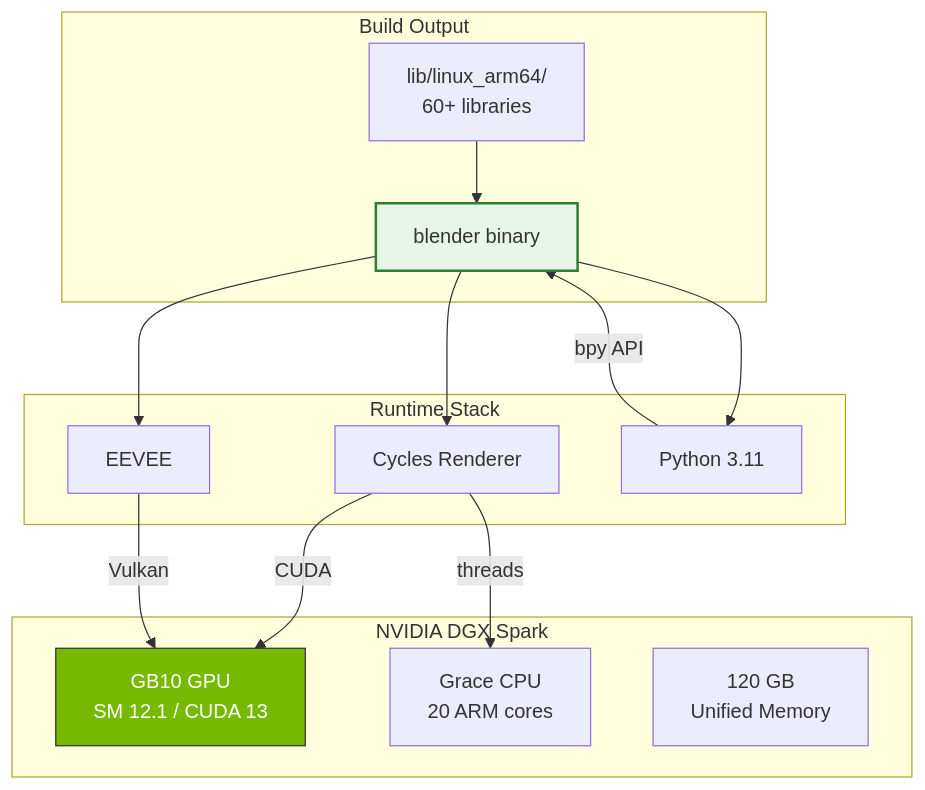
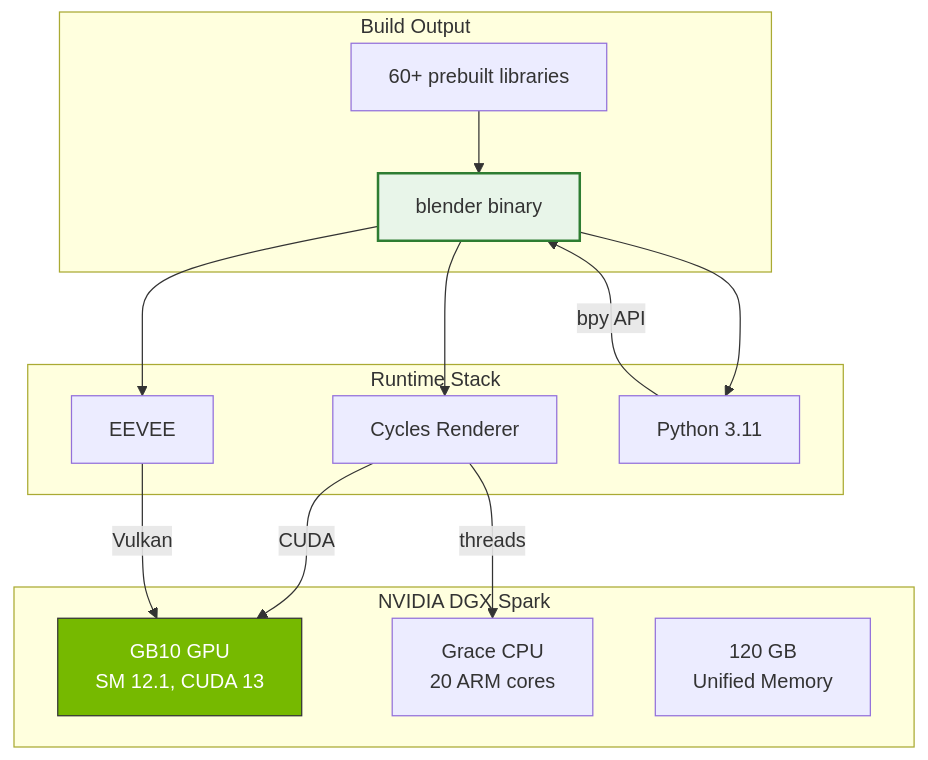
Before and after one commit to mvalancy/blender-nvidia-gb10: the third of 3 diagrams in README.md, drawn with Mermaid. The commit also changed other lines of this file, not shown here.

Commit message:
Fix mermaid: remove slashes from node labels

````diff
--- a/README.md
+++ b/README.md
@@ -134,31 +134,31 @@
 ```mermaid
 graph TB
     subgraph build["Build Output"]
         BIN["blender binary"]
-        LIBS["lib/linux_arm64/<br>60+ libraries"]
+        LIBS["60+ prebuilt libraries"]
     end
 
     subgraph runtime["Runtime Stack"]
         CYCLES["Cycles Renderer"]
         EEVEE["EEVEE"]
         PYTHON["Python 3.11"]
     end
 
     subgraph hardware["NVIDIA DGX Spark"]
-        GPU["GB10 GPU<br>SM 12.1 / CUDA 13"]
+        GPU["GB10 GPU<br>SM 12.1, CUDA 13"]
         CPU["Grace CPU<br>20 ARM cores"]
         RAM["120 GB<br>Unified Memory"]
     end
 
     BIN --> CYCLES
     BIN --> EEVEE
     BIN --> PYTHON
     CYCLES -->|CUDA| GPU
     CYCLES -->|threads| CPU
     EEVEE -->|Vulkan| GPU
     PYTHON -->|bpy API| BIN
     LIBS --> BIN
 
     style GPU fill:#76b900,stroke:#333,color:#fff
     style BIN fill:#e8f5e9,stroke:#2e7d32,stroke-width:2px
 ```
````
